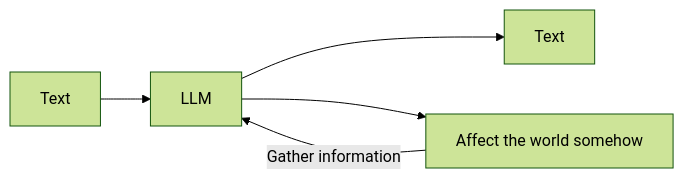
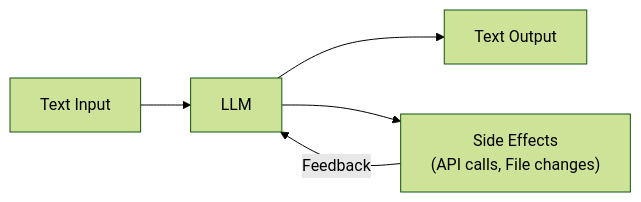
One commit to BrutLogic/Post changed the seventh of 11 diagrams in README.md. Above: the diagram before and after it, drawn with Mermaid (forest theme). The commit also changed other lines of this file, not shown here.

````diff
--- a/README.md
+++ b/README.md
@@ -402,7 +188,7 @@
 ```mermaid
 graph LR
-    A[Text] --> B[LLM]
-    B --> C[Text]
-    B --> D[Affect the world somehow]
-    D --Gather information--> B
+    A["Text Input"] --> B["LLM"]
+    B --> C["Text Output"]
+    B --> D["Side Effects<br/>(API calls, File changes)"]
+    D --"Feedback"--> B
 ```
````
